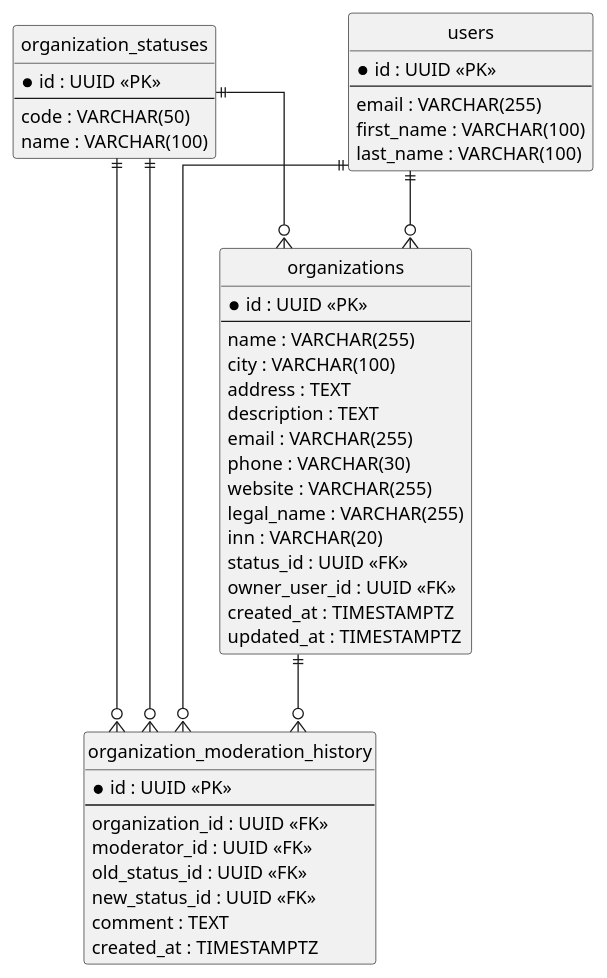
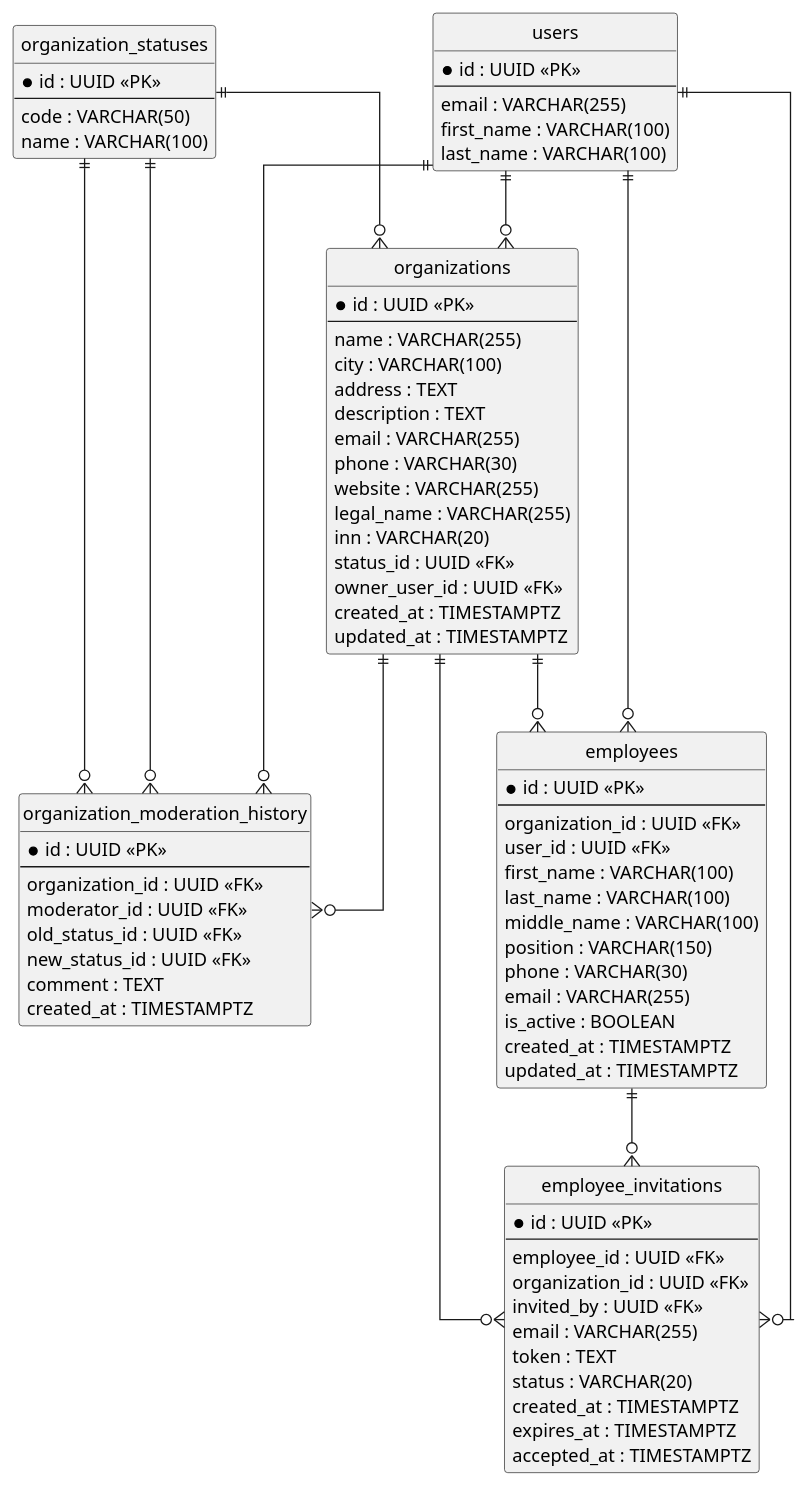
The third of 6 diagrams in docs/.claude/docs/er_diagrams.puml (dxsireq/Civio), drawn with PlantUML before and after one commit. The commit also changed other lines of this file, not shown here.

```diff
--- a/docs/.claude/docs/er_diagrams.puml
+++ b/docs/.claude/docs/er_diagrams.puml
@@ -186,64 +198,100 @@
 @startuml fig5_organizations
 skinparam linetype ortho
 skinparam ranksep 60
 skinparam nodesep 40
 skinparam entity {
   BackgroundColor #EEF4FF
   BorderColor #5B8DEF
   FontName Arial
 }
 hide circle
 hide methods
 
 entity "organizations" as orgs {
   * id : UUID <<PK>>
   --
   name : VARCHAR(255)
   city : VARCHAR(100)
   address : TEXT
   description : TEXT
   email : VARCHAR(255)
   phone : VARCHAR(30)
   website : VARCHAR(255)
   legal_name : VARCHAR(255)
   inn : VARCHAR(20)
   status_id : UUID <<FK>>
   owner_user_id : UUID <<FK>>
   created_at : TIMESTAMPTZ
   updated_at : TIMESTAMPTZ
 }
 
 entity "organization_statuses" as org_statuses {
   * id : UUID <<PK>>
   --
   code : VARCHAR(50)
   name : VARCHAR(100)
 }
 
 entity "organization_moderation_history" as mod_history {
   * id : UUID <<PK>>
   --
   organization_id : UUID <<FK>>
   moderator_id : UUID <<FK>>
   old_status_id : UUID <<FK>>
   new_status_id : UUID <<FK>>
   comment : TEXT
   created_at : TIMESTAMPTZ
 }
 
+entity "employees" as emp {
+  * id : UUID <<PK>>
+  --
+  organization_id : UUID <<FK>>
+  user_id : UUID <<FK>>
+  first_name : VARCHAR(100)
+  last_name : VARCHAR(100)
+  middle_name : VARCHAR(100)
+  position : VARCHAR(150)
+  phone : VARCHAR(30)
+  email : VARCHAR(255)
+  is_active : BOOLEAN
+  created_at : TIMESTAMPTZ
+  updated_at : TIMESTAMPTZ
+}
+
+entity "employee_invitations" as emp_inv {
+  * id : UUID <<PK>>
+  --
+  employee_id : UUID <<FK>>
+  organization_id : UUID <<FK>>
+  invited_by : UUID <<FK>>
+  email : VARCHAR(255)
+  token : TEXT
+  status : VARCHAR(20)
+  created_at : TIMESTAMPTZ
+  expires_at : TIMESTAMPTZ
+  accepted_at : TIMESTAMPTZ
+}
+
 entity "users" as users {
   * id : UUID <<PK>>
   --
   email : VARCHAR(255)
   first_name : VARCHAR(100)
   last_name : VARCHAR(100)
 }
 
 org_statuses ||--o{ orgs
 users ||--o{ orgs
 orgs ||--o{ mod_history
 users ||--o{ mod_history
 org_statuses ||--o{ mod_history
 org_statuses ||--o{ mod_history
 
+orgs ||--o{ emp
+users ||--o{ emp
+orgs ||--o{ emp_inv
+emp ||--o{ emp_inv
+users ||--o{ emp_inv
+
 @enduml
```
